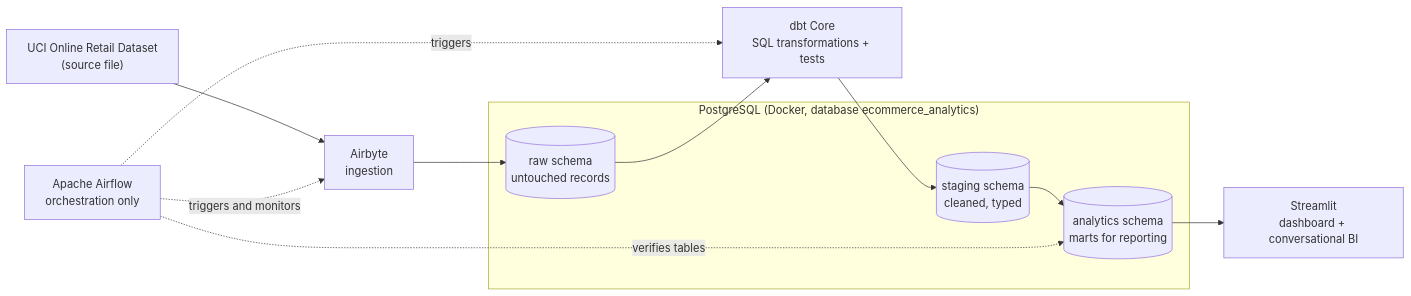
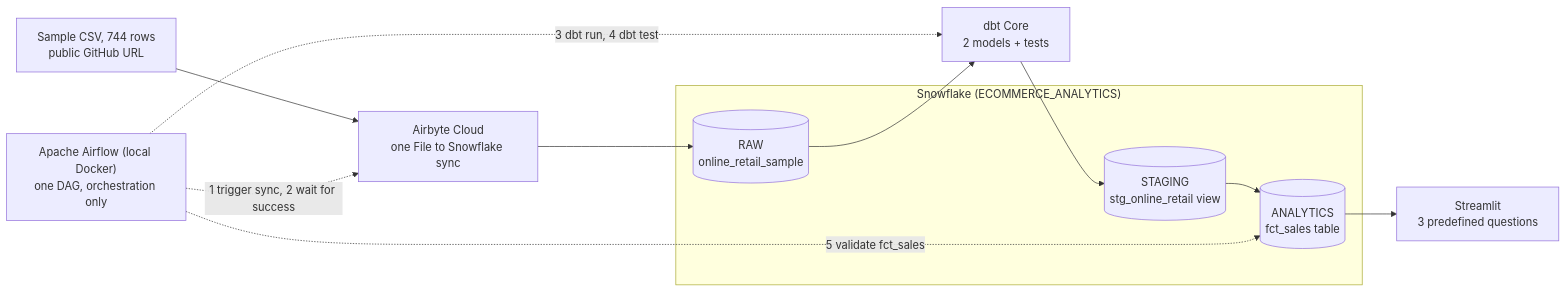
One commit to neilsenvaz10/E-Commerce-Sales-Analytics-and-Data-Engineering-Pipeline changed the diagram in architecture/pipeline_architecture.md. Above: the diagram before and after it, drawn with Mermaid. The commit also changed other lines of this file and 29 other files, not shown here.

Commit message:
feat: minimal Snowflake and Airbyte Cloud pipeline (sample CSV, dbt, Airflow DAG, Streamlit)

````diff
--- a/architecture/pipeline_architecture.md
+++ b/architecture/pipeline_architecture.md
@@ -5,24 +5,24 @@
 ```mermaid
 flowchart LR
-    SRC["UCI Online Retail Dataset<br/>(source file)"]
-    AB["Airbyte<br/>ingestion"]
+    CSV["Sample CSV, 744 rows<br/>public GitHub URL"]
+    AB["Airbyte Cloud<br/>one File to Snowflake sync"]
 
-    subgraph PG["PostgreSQL (Docker, database ecommerce_analytics)"]
-        RAW[("raw schema<br/>untouched records")]
-        STG[("staging schema<br/>cleaned, typed")]
-        MART[("analytics schema<br/>marts for reporting")]
+    subgraph SF["Snowflake (ECOMMERCE_ANALYTICS)"]
+        RAW[("RAW<br/>online_retail_sample")]
+        STG[("STAGING<br/>stg_online_retail view")]
+        FCT[("ANALYTICS<br/>fct_sales table")]
     end
 
-    DBT["dbt Core<br/>SQL transformations + tests"]
-    ST["Streamlit<br/>dashboard + conversational BI"]
-    AF["Apache Airflow<br/>orchestration only"]
+    DBT["dbt Core<br/>2 models + tests"]
+    ST["Streamlit<br/>3 predefined questions"]
+    AF["Apache Airflow (local Docker)<br/>one DAG, orchestration only"]
 
-    SRC --> AB --> RAW
+    CSV --> AB --> RAW
     RAW --> DBT
-    DBT --> STG --> MART
-    MART --> ST
+    DBT --> STG --> FCT
+    FCT --> ST
 
-    AF -. triggers and monitors .-> AB
-    AF -. triggers .-> DBT
-    AF -. verifies tables .-> MART
+    AF -. 1 trigger sync, 2 wait for success .-> AB
+    AF -. 3 dbt run, 4 dbt test .-> DBT
+    AF -. 5 validate fct_sales .-> FCT
 ```
````
